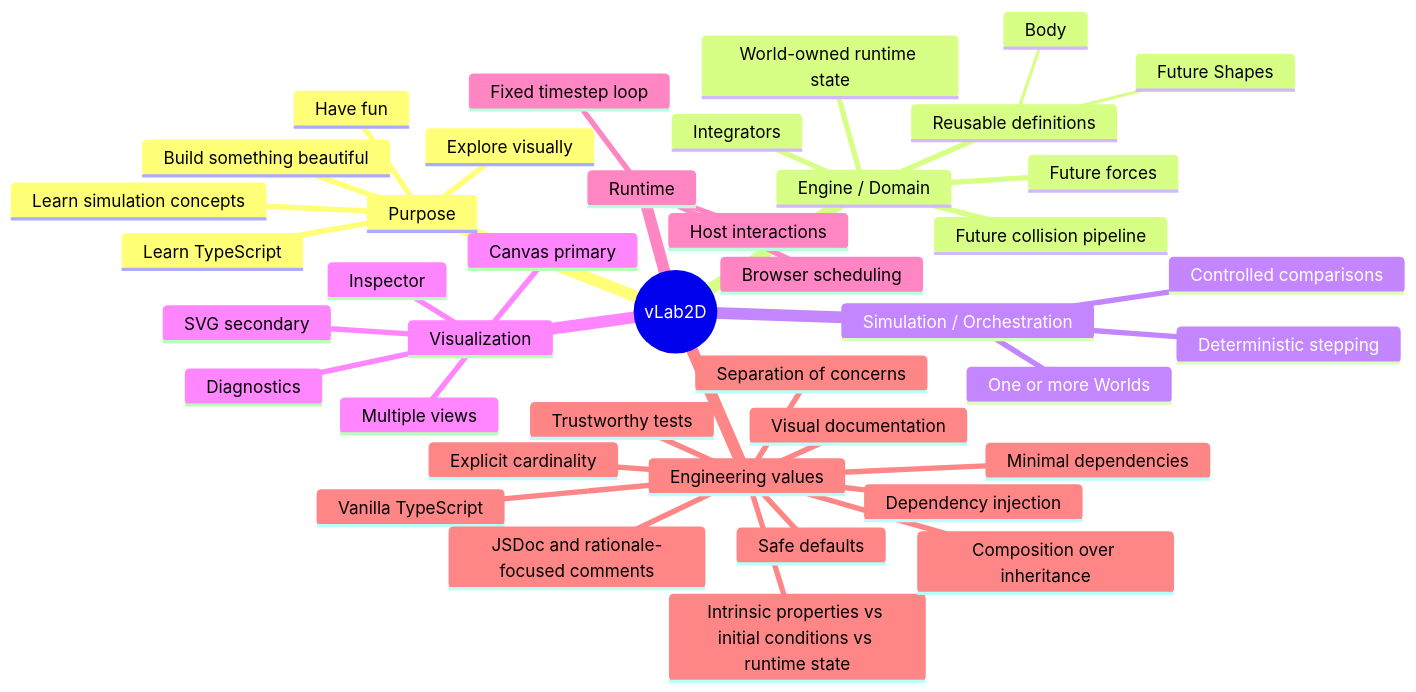
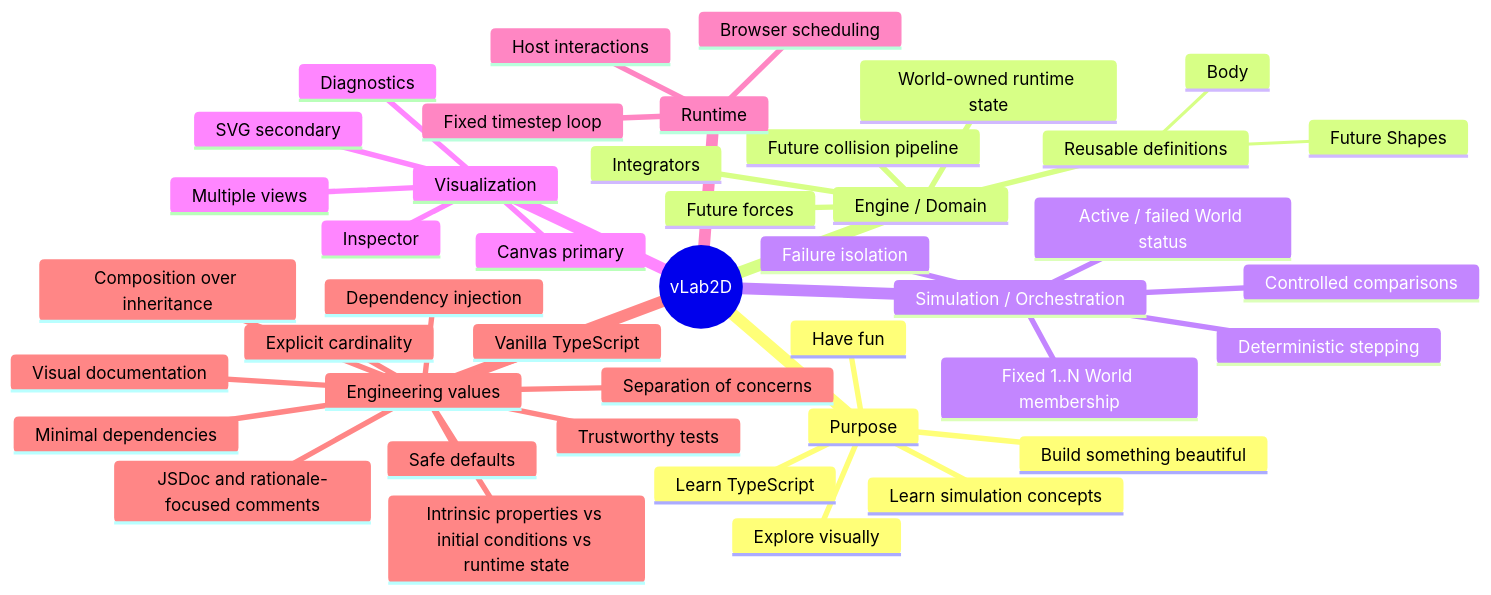
Before and after one commit to fa-ribeiro/vLab2D: the first of 8 diagrams in docs/project/project-map.md, drawn with Mermaid. The commit also changed other lines of this file and 9 other files, not shown here.

````diff
--- a/docs/project/project-map.md
+++ b/docs/project/project-map.md
@@ -7,44 +7,46 @@
 ```mermaid
 mindmap
   root((vLab2D))
     Purpose
       Learn TypeScript
       Learn simulation concepts
       Have fun
       Build something beautiful
       Explore visually
     Engine / Domain
       Reusable definitions
         Body
         Future Shapes
       World-owned runtime state
       Integrators
       Future forces
       Future collision pipeline
     Simulation / Orchestration
-      One or more Worlds
+      Fixed 1..N World membership
       Deterministic stepping
+      Active / failed World status
+      Failure isolation
       Controlled comparisons
     Visualization
       Canvas primary
       SVG secondary
       Inspector
       Diagnostics
       Multiple views
     Runtime
       Browser scheduling
       Fixed timestep loop
       Host interactions
     Engineering values
       Intrinsic properties vs initial conditions vs runtime state
       Safe defaults
       Explicit cardinality
       Vanilla TypeScript
       Minimal dependencies
       Separation of concerns
       Dependency injection
       Composition over inheritance
       JSDoc and rationale-focused comments
       Trustworthy tests
       Visual documentation
 ```
````
